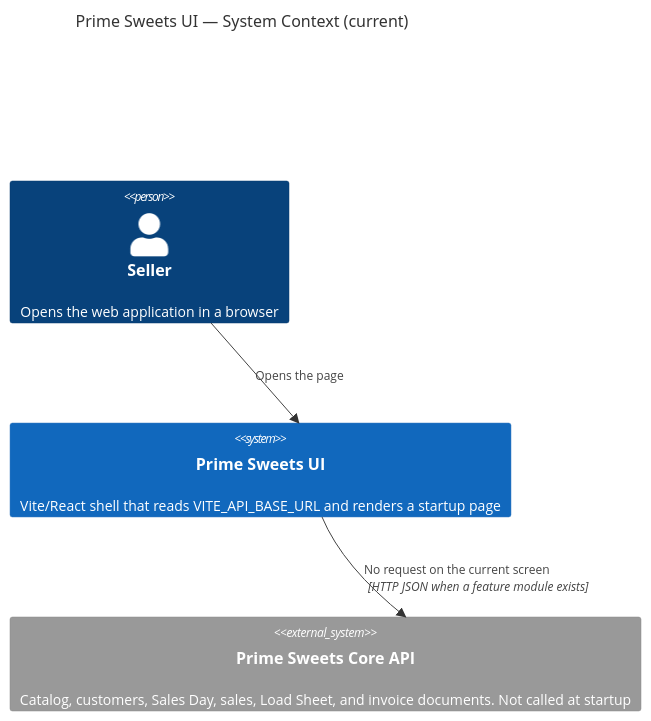
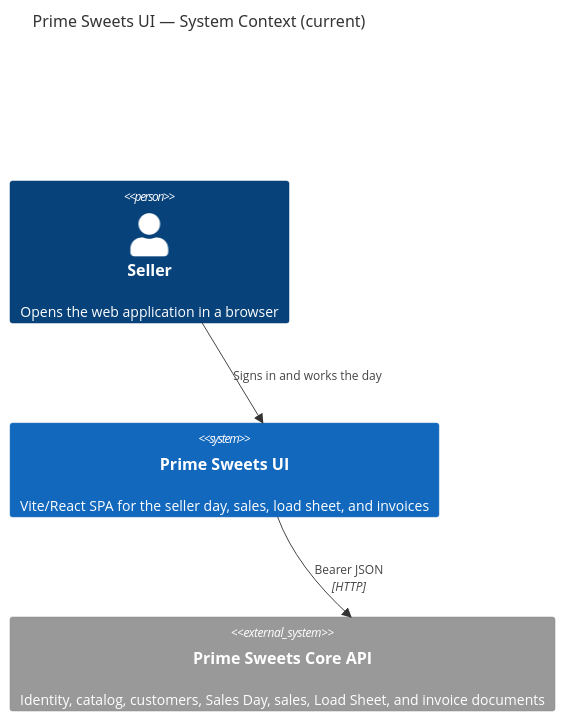
The diagram in docs/architecture/01-context.md (X01SERYO/prime-sweets-ui), drawn with Mermaid before and after one commit. The commit also changed other lines of this file and 11 other files, not shown here.

````diff
--- a/docs/architecture/01-context.md
+++ b/docs/architecture/01-context.md
@@ -9,11 +9,11 @@
 ```mermaid
 C4Context
 title Prime Sweets UI — System Context (current)
 
 Person(seller, "Seller", "Opens the web application in a browser")
-System(ui, "Prime Sweets UI", "Vite/React shell that reads VITE_API_BASE_URL and renders a startup page")
-System_Ext(api, "Prime Sweets Core API", "Catalog, customers, Sales Day, sales, Load Sheet, and invoice documents. Not called at startup")
+System(ui, "Prime Sweets UI", "Vite/React SPA for the seller day, sales, load sheet, and invoices")
+System_Ext(api, "Prime Sweets Core API", "Identity, catalog, customers, Sales Day, sales, Load Sheet, and invoice documents")
 
-Rel(seller, ui, "Opens the page")
-Rel(ui, api, "No request on the current screen", "HTTP JSON when a feature module exists")
+Rel(seller, ui, "Signs in and works the day")
+Rel(ui, api, "Bearer JSON", "HTTP")
 ```
````
